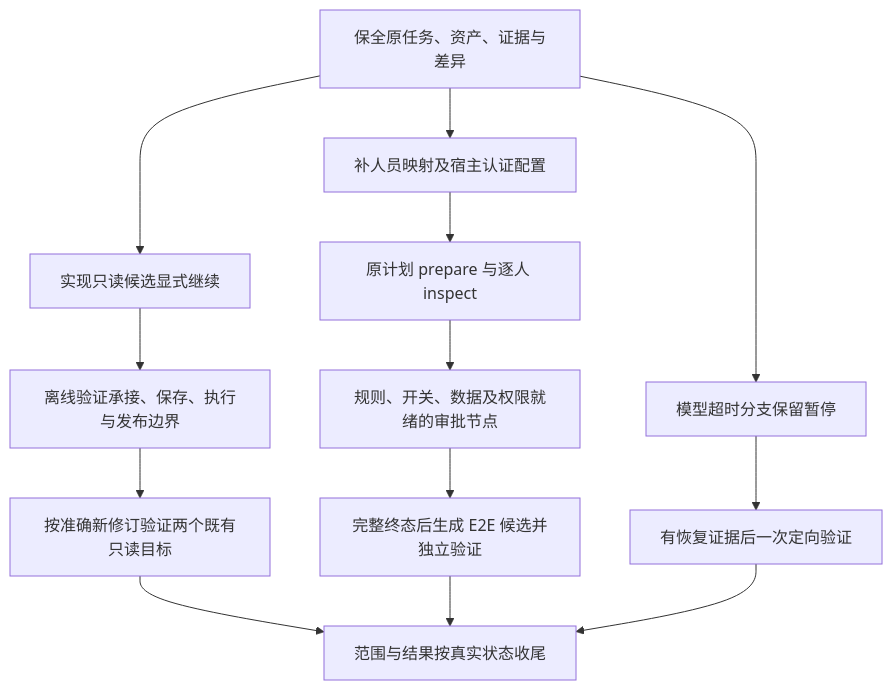
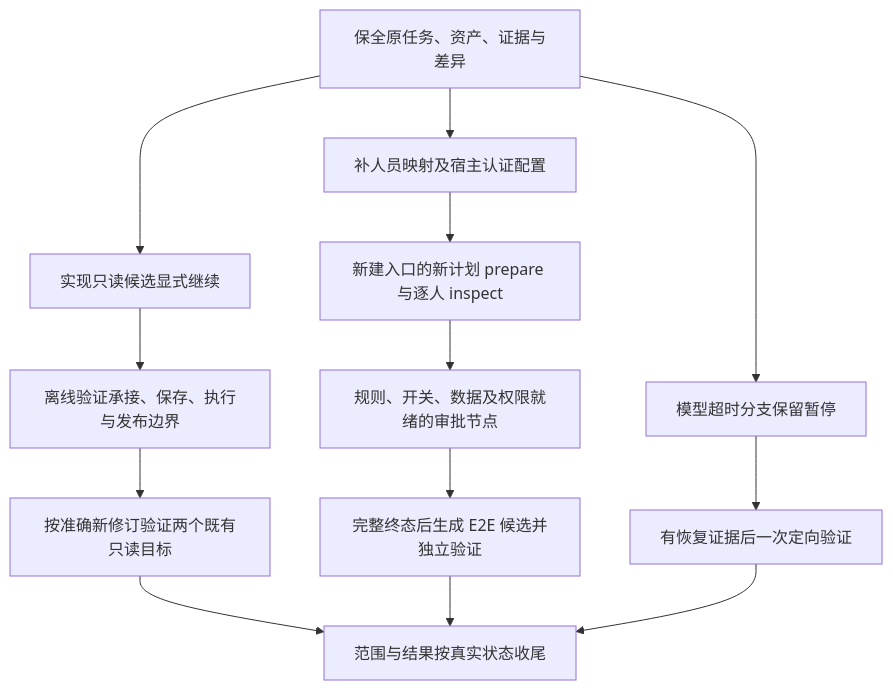
Before and after one commit to liwenshuai4516-debug/00: the diagram in docs/procurement-approval-remediation-plan.md, drawn with Mermaid. The commit also changed other lines of this file and 13 other files, not shown here.

````diff
--- a/docs/procurement-approval-remediation-plan.md
+++ b/docs/procurement-approval-remediation-plan.md
@@ -46,15 +46,15 @@
 ```mermaid
 flowchart TD
   A[保全原任务、资产、证据与差异] --> B[实现只读候选显式继续]
   B --> C[离线验证承接、保存、执行与发布边界]
   C --> D[按准确新修订验证两个既有只读目标]
   A --> E[补人员映射及宿主认证配置]
-  E --> F[原计划 prepare 与逐人 inspect]
+  E --> F[新建入口的新计划 prepare 与逐人 inspect]
   F --> G[规则、开关、数据及权限就绪的审批节点]
   G --> H[完整终态后生成 E2E 候选并独立验证]
   A --> I[模型超时分支保留暂停]
   I --> J[有恢复证据后一次定向验证]
   D --> K[范围与结果按真实状态收尾]
   H --> K
   J --> K
 ```
````
